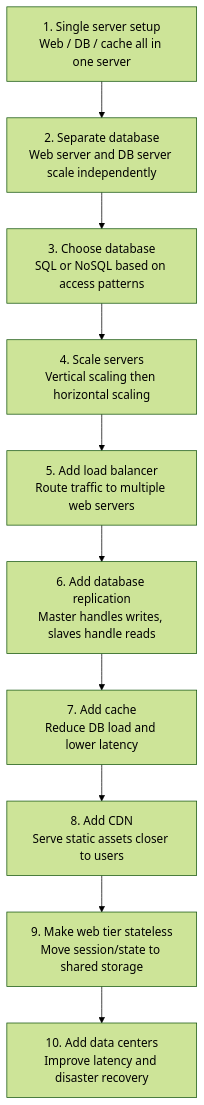
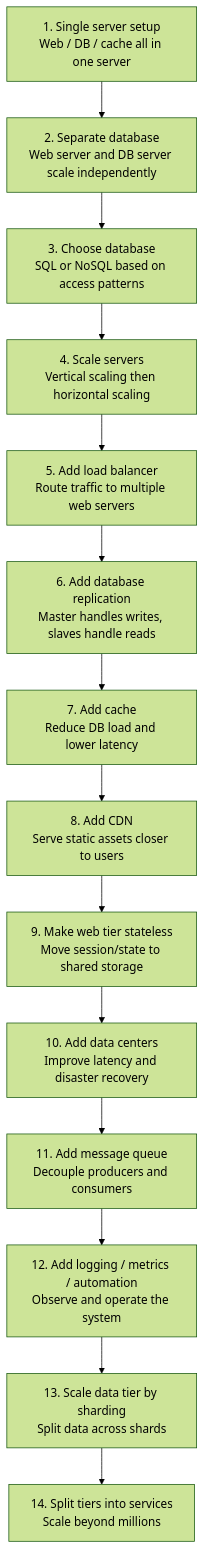
The diagram in scale-from-zero-to-millions/README.md (yzyolala/System-Design), drawn with Mermaid (forest theme) before and after one commit. The commit also changed other lines of this file and 6 other files, not shown here.

````diff
--- a/scale-from-zero-to-millions/README.md
+++ b/scale-from-zero-to-millions/README.md
@@ -17,15 +21,19 @@
 ```mermaid
 flowchart TD
     A["1. Single server setup<br/>Web / DB / cache all in one server"]
     B["2. Separate database<br/>Web server and DB server scale independently"]
     C["3. Choose database<br/>SQL or NoSQL based on access patterns"]
     D["4. Scale servers<br/>Vertical scaling then horizontal scaling"]
     E["5. Add load balancer<br/>Route traffic to multiple web servers"]
     F["6. Add database replication<br/>Master handles writes, slaves handle reads"]
     G["7. Add cache<br/>Reduce DB load and lower latency"]
     H["8. Add CDN<br/>Serve static assets closer to users"]
     I["9. Make web tier stateless<br/>Move session/state to shared storage"]
     J["10. Add data centers<br/>Improve latency and disaster recovery"]
+    K["11. Add message queue<br/>Decouple producers and consumers"]
+    L["12. Add logging / metrics / automation<br/>Observe and operate the system"]
+    M["13. Scale data tier by sharding<br/>Split data across shards"]
+    N["14. Split tiers into services<br/>Scale beyond millions"]
 
-    A --> B --> C --> D --> E --> F --> G --> H --> I --> J
+    A --> B --> C --> D --> E --> F --> G --> H --> I --> J --> K --> L --> M --> N
 ```
````
